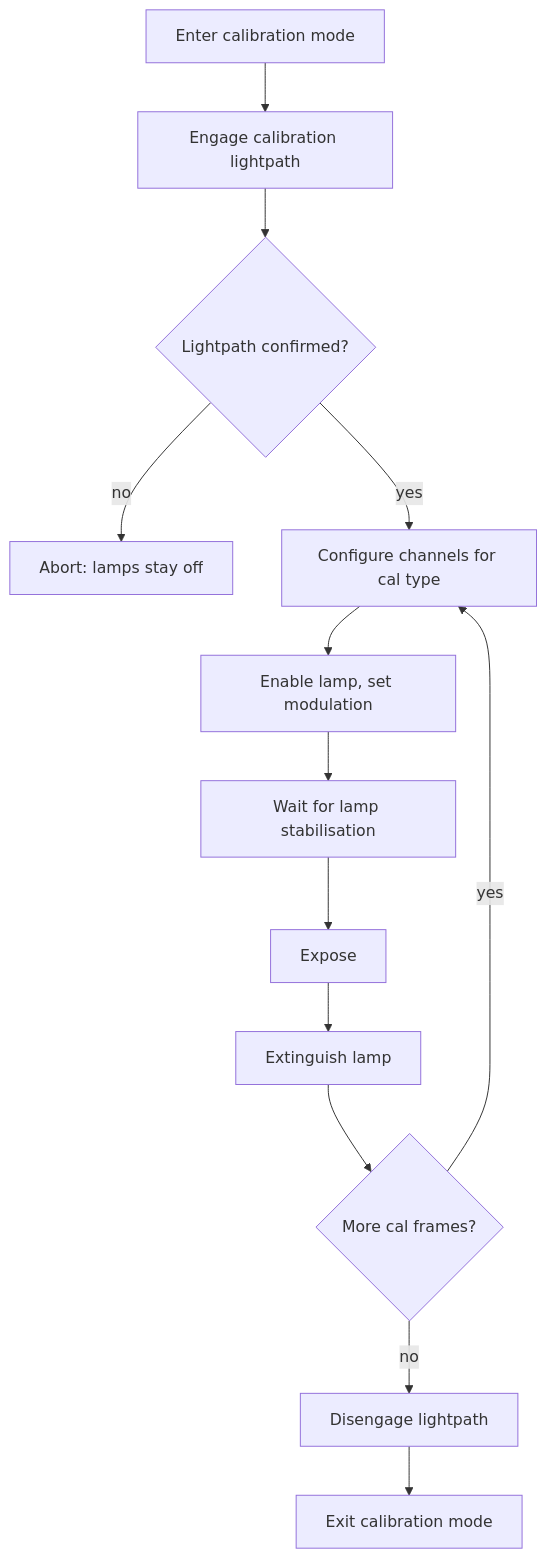
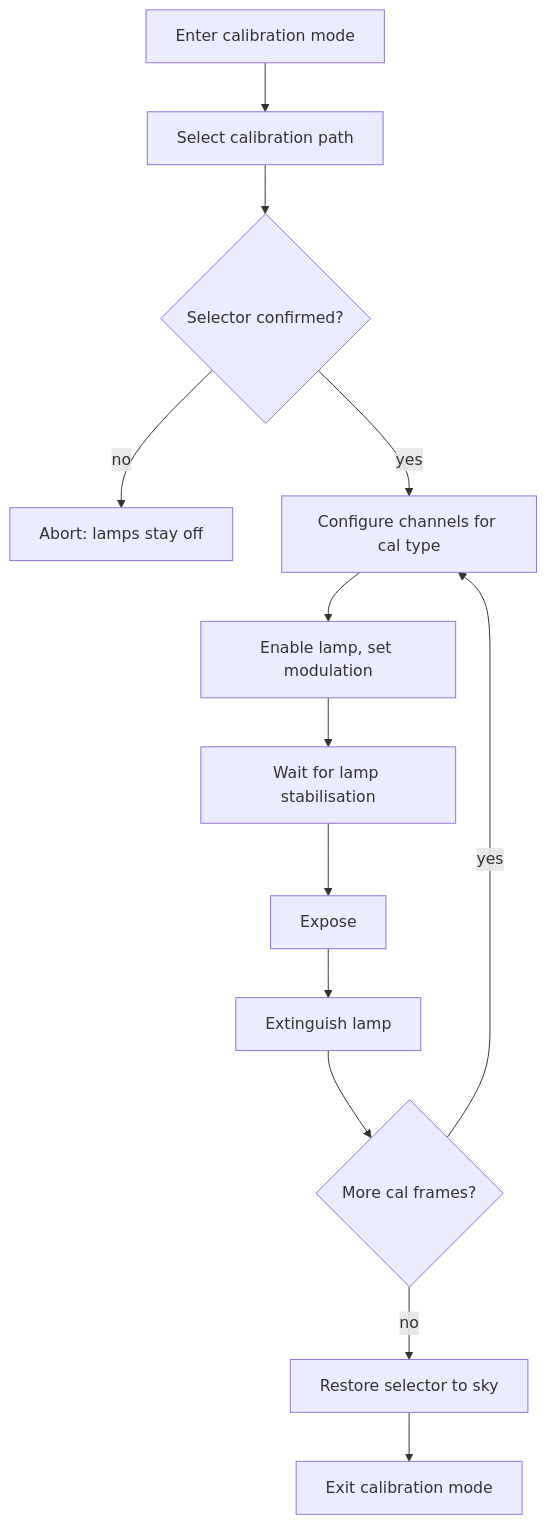
One commit to CaltechOpticalObservatories/zshooter changed the sixth of 8 diagrams in docs/source/operations/workflows.rst. Above: the diagram before and after it, drawn with Mermaid. The commit also changed other lines of this file and 26 other files, not shown here.

Commit message:
Changes per architectural discussions (#2)

```diff
--- a/docs/source/operations/workflows.rst
+++ b/docs/source/operations/workflows.rst
@@ -147,15 +155,15 @@
 .. mermaid::
 
    flowchart TB
-       A["Enter calibration mode"] --> B["Engage calibration lightpath"]
-       B --> C{"Lightpath confirmed?"}
+       A["Enter calibration mode"] --> B["Select calibration path"]
+       B --> C{"Selector confirmed?"}
        C -- no --> R["Abort: lamps stay off"]
        C -- yes --> D["Configure channels for cal type"]
        D --> E["Enable lamp, set modulation"]
        E --> F["Wait for lamp stabilisation"]
        F --> G["Expose"]
        G --> H["Extinguish lamp"]
        H --> I{"More cal frames?"}
        I -- yes --> D
-       I -- no --> J["Disengage lightpath"]
+       I -- no --> J["Restore selector to sky"]
        J --> K["Exit calibration mode"]
```
